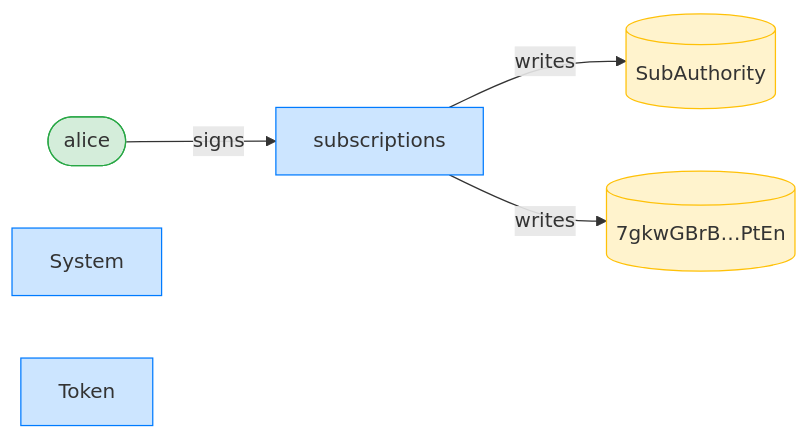
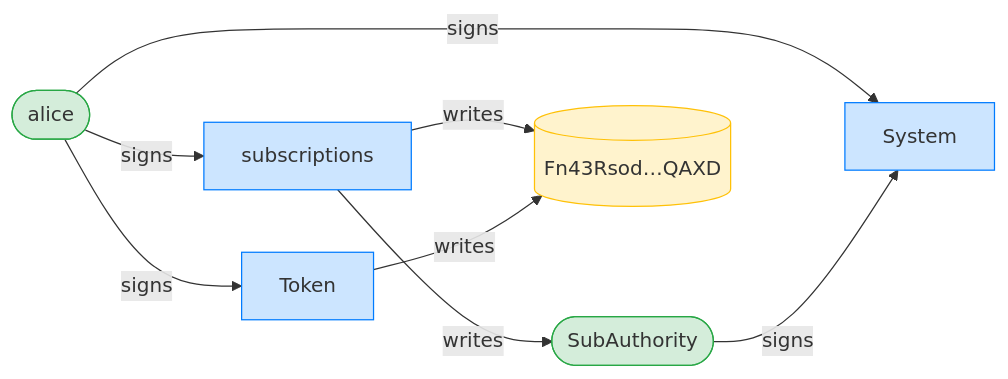
Before and after one commit to cds-rs/subscriptions: the third of 12 diagrams in dsl_tests/recurring-transfer-after-expiry-is-refused.md, drawn with Mermaid. The commit also changed other lines of this file and 224 other files, not shown here.

````diff
--- a/dsl_tests/recurring-transfer-after-expiry-is-refused.md
+++ b/dsl_tests/recurring-transfer-after-expiry-is-refused.md
@@ -55,15 +56,19 @@
 ```mermaid
 flowchart LR
     classDef signer fill:#d4edda,stroke:#28a745;
     classDef program fill:#cce5ff,stroke:#007bff;
     classDef writable fill:#fff3cd,stroke:#ffc107;
     subscriptions[subscriptions]:::program
     alice([alice]):::signer
-    SubAuthority[(SubAuthority)]:::writable
-    7gkwGBrB_PtEn[("7gkwGBrB…PtEn")]:::writable
+    SubAuthority([SubAuthority]):::signer
+    Fn43Rsod_QAXD[("Fn43Rsod…QAXD")]:::writable
     System[System]:::program
     Token[Token]:::program
     alice -->|signs| subscriptions
+    alice -->|signs| System
+    SubAuthority -->|signs| System
+    alice -->|signs| Token
     subscriptions -->|writes| SubAuthority
-    subscriptions -->|writes| 7gkwGBrB_PtEn
+    subscriptions -->|writes| Fn43Rsod_QAXD
+    Token -->|writes| Fn43Rsod_QAXD
 ```
````
